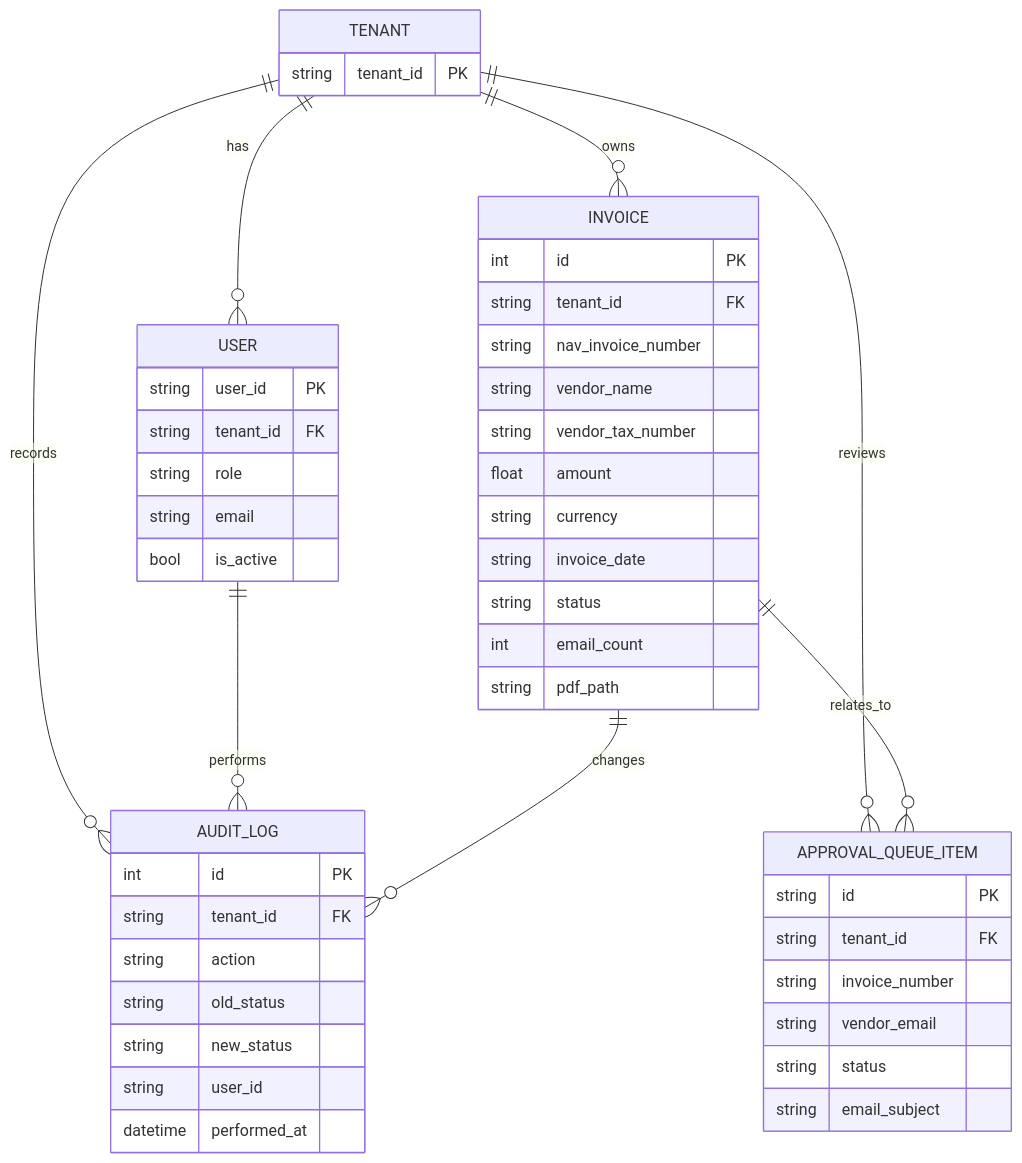
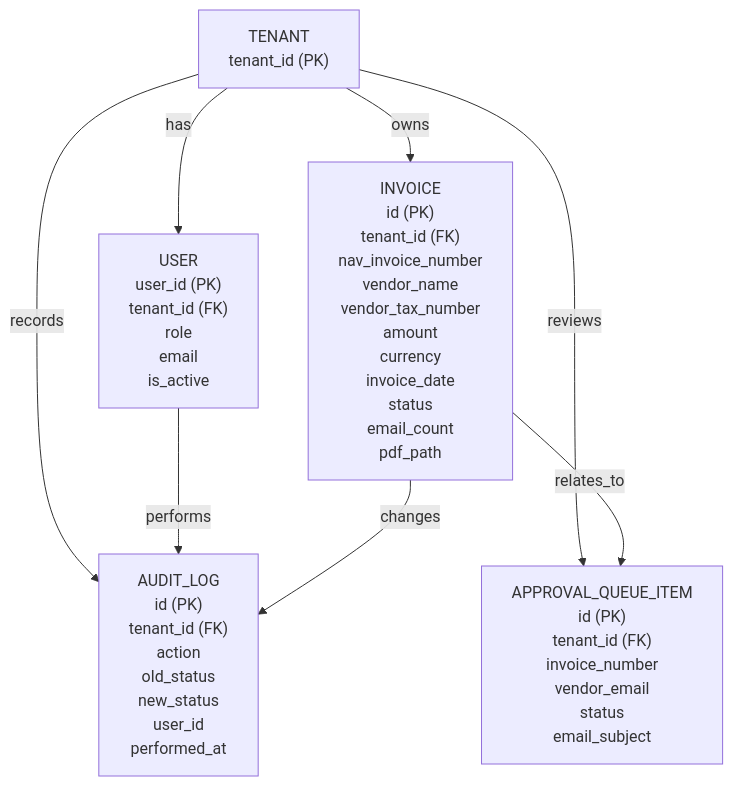
One commit to markbunyevacz/NAVvoice changed the fifth of 5 diagrams in ARCHITECTURE_TOGAF.md. Above: the diagram before and after it, drawn with Mermaid. The commit also changed other lines of this file and 3 other files, not shown here.

First line of the commit message:
Refactor architecture diagrams in ARCHITECTURE_TOGAF.md

````diff
--- a/ARCHITECTURE_TOGAF.md
+++ b/ARCHITECTURE_TOGAF.md
@@ -200,52 +201,17 @@
 ```mermaid
-erDiagram
-  TENANT ||--o{ USER : has
-  TENANT ||--o{ INVOICE : owns
-  TENANT ||--o{ AUDIT_LOG : records
-  TENANT ||--o{ APPROVAL_QUEUE_ITEM : reviews
+graph TB
+  TENANT["TENANT<br/>tenant_id (PK)"]
+  USER["USER<br/>user_id (PK)<br/>tenant_id (FK)<br/>role<br/>email<br/>is_active"]
+  INVOICE["INVOICE<br/>id (PK)<br/>tenant_id (FK)<br/>nav_invoice_number<br/>vendor_name<br/>vendor_tax_number<br/>amount<br/>currency<br/>invoice_date<br/>status<br/>email_count<br/>pdf_path"]
+  APPROVAL["APPROVAL_QUEUE_ITEM<br/>id (PK)<br/>tenant_id (FK)<br/>invoice_number<br/>vendor_email<br/>status<br/>email_subject"]
+  AUDIT["AUDIT_LOG<br/>id (PK)<br/>tenant_id (FK)<br/>action<br/>old_status<br/>new_status<br/>user_id<br/>performed_at"]
 
-  USER ||--o{ AUDIT_LOG : performs
-  INVOICE ||--o{ AUDIT_LOG : changes
-  INVOICE ||--o{ APPROVAL_QUEUE_ITEM : relates_to
+  TENANT -->|has| USER
+  TENANT -->|owns| INVOICE
+  TENANT -->|records| AUDIT
+  TENANT -->|reviews| APPROVAL
 
-  TENANT {
-    string tenant_id PK
-  }
-  USER {
-    string user_id PK
-    string tenant_id FK
-    string role
-    string email
-    bool is_active
-  }
-  INVOICE {
-    int id PK
-    string tenant_id FK
-    string nav_invoice_number
-    string vendor_name
-    string vendor_tax_number
-    float amount
-    string currency
-    string invoice_date
-    string status
-    int email_count
-    string pdf_path
-  }
-  APPROVAL_QUEUE_ITEM {
-    string id PK
-    string tenant_id FK
-    string invoice_number
-    string vendor_email
-    string status
-    string email_subject
-  }
-  AUDIT_LOG {
-    int id PK
-    string tenant_id FK
-    string action
-    string old_status
-    string new_status
-    string user_id
-    datetime performed_at
-  }
+  USER -->|performs| AUDIT
+  INVOICE -->|changes| AUDIT
+  INVOICE -->|relates_to| APPROVAL
 ```
````
